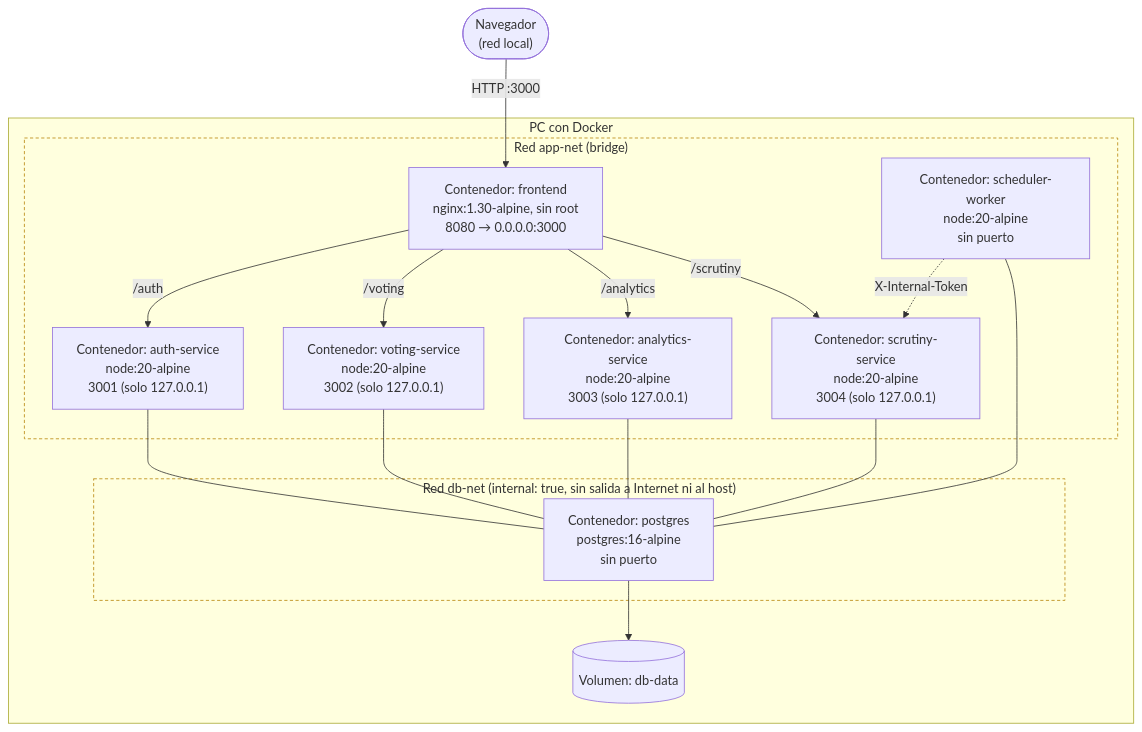
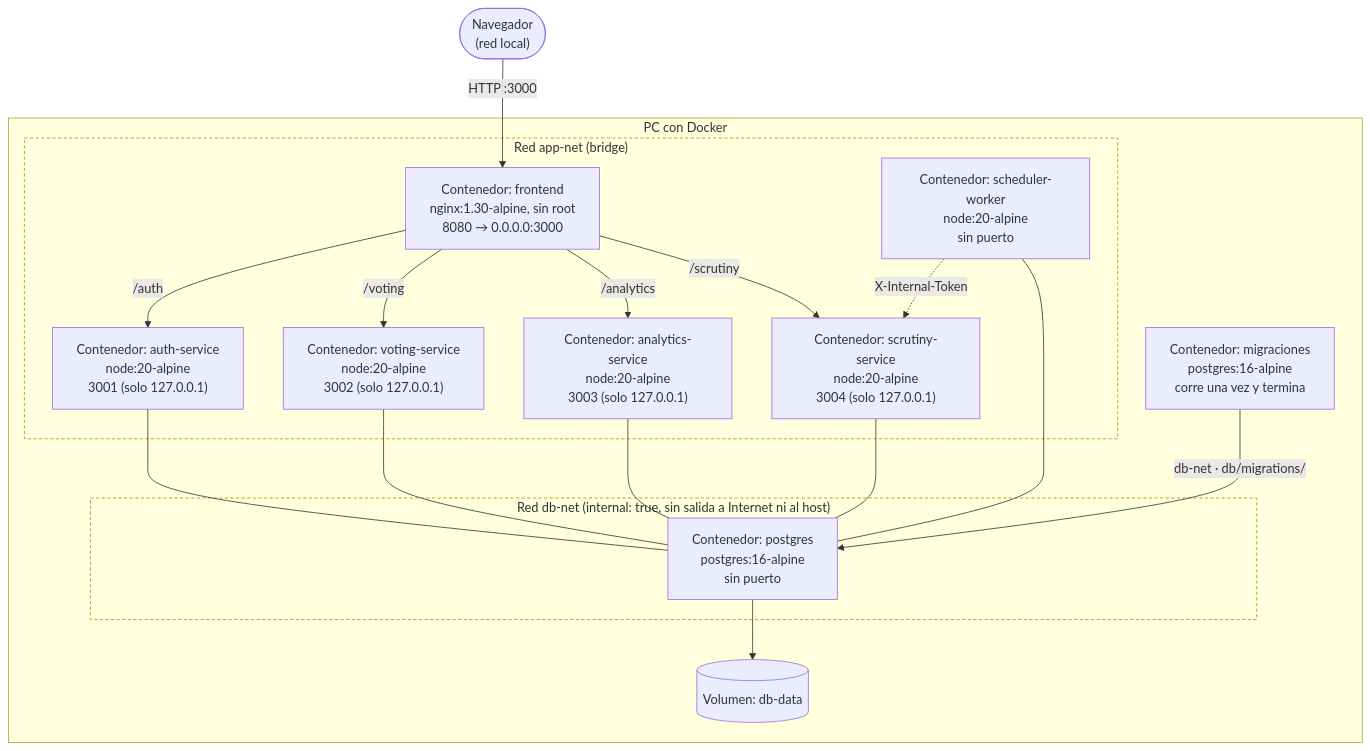
Before and after one commit to NicolasPineda1421/LiveMetric: the second of 5 diagrams in docs/manual-arquitectura.md, drawn with Mermaid. The commit also changed other lines of this file and 6 other files, not shown here.

````diff
--- a/docs/manual-arquitectura.md
+++ b/docs/manual-arquitectura.md
@@ -149,37 +149,39 @@
 ```mermaid
 graph TB
     Navegador(["Navegador<br/>(red local)"])
 
     subgraph Host["PC con Docker"]
         subgraph appnet["Red app-net (bridge)"]
             C_FE["Contenedor: frontend<br/>nginx:1.30-alpine, sin root<br/>8080 → 0.0.0.0:3000"]
             C_AUTH["Contenedor: auth-service<br/>node:20-alpine<br/>3001 (solo 127.0.0.1)"]
             C_VOTING["Contenedor: voting-service<br/>node:20-alpine<br/>3002 (solo 127.0.0.1)"]
             C_ANALYTICS["Contenedor: analytics-service<br/>node:20-alpine<br/>3003 (solo 127.0.0.1)"]
             C_SCRUTINY["Contenedor: scrutiny-service<br/>node:20-alpine<br/>3004 (solo 127.0.0.1)"]
             C_SCHED["Contenedor: scheduler-worker<br/>node:20-alpine<br/>sin puerto"]
         end
         subgraph dbnet["Red db-net (internal: true, sin salida a Internet ni al host)"]
             C_DB["Contenedor: postgres<br/>postgres:16-alpine<br/>sin puerto"]
         end
         V_PG[("Volumen: db-data")]
+        C_MIG["Contenedor: migraciones<br/>postgres:16-alpine<br/>corre una vez y termina"]
     end
 
     Navegador -->|"HTTP :3000"| C_FE
     C_FE -->|"/auth"| C_AUTH
     C_FE -->|"/voting"| C_VOTING
     C_FE -->|"/analytics"| C_ANALYTICS
     C_FE -->|"/scrutiny"| C_SCRUTINY
     C_SCHED -.->|"X-Internal-Token"| C_SCRUTINY
 
     C_AUTH --- C_DB
     C_VOTING --- C_DB
     C_ANALYTICS --- C_DB
     C_SCRUTINY --- C_DB
     C_SCHED --- C_DB
 
+    C_MIG -->|"db-net · db/migrations/"| C_DB
     C_DB --> V_PG
 
     classDef net fill:none,stroke:#b8860b,stroke-dasharray: 4 3;
     class appnet,dbnet net;
 ```
````
